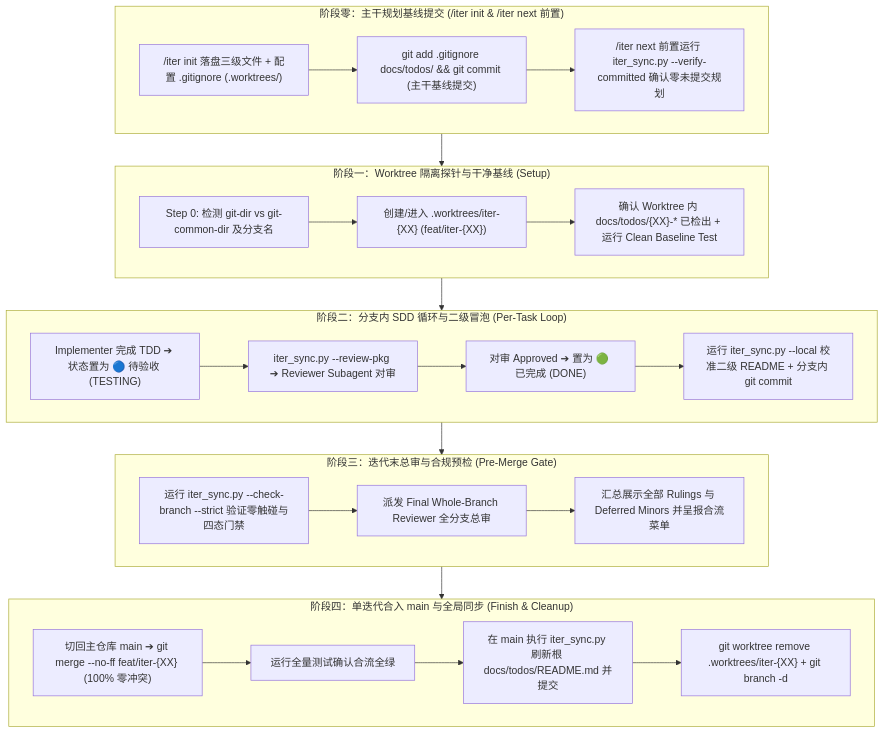
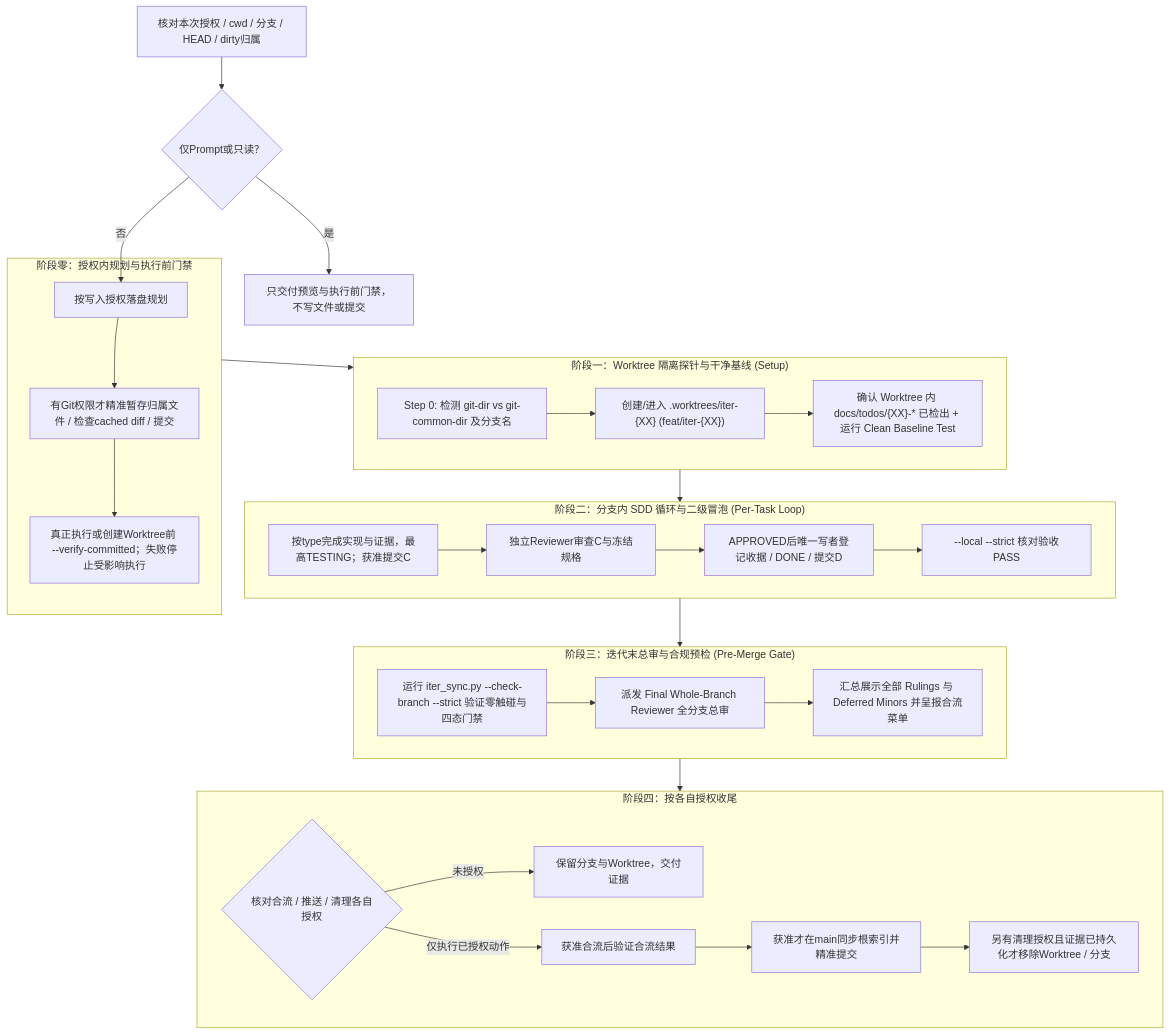
Before and after one commit to uoyeraohw/iteration-manager: the diagram in references/worktree_git_contract.md, drawn with Mermaid. The commit also changed other lines of this file and 26 other files, not shown here.

Commit message:
docs(iter): align worktree authority and checkpoint text regressions

````diff
--- a/references/worktree_git_contract.md
+++ b/references/worktree_git_contract.md
@@ -51,31 +51,35 @@
 ```mermaid
 flowchart TD
-    subgraph Phase0 ["阶段零：主干规划基线提交 (/iter init & /iter next 前置)"]
-        G1["/iter init 落盘三级文件 + 配置 .gitignore (.worktrees/)"] --> G2["git add .gitignore docs/todos/ && git commit (主干基线提交)"]
-        G2 --> G3["/iter next 前置运行 iter_sync.py --verify-committed 确认零未提交规划"]
+    A["核对本次授权 / cwd / 分支 / HEAD / dirty归属"] --> Q{"仅Prompt或只读？"}
+    Q -->|是| Preview["只交付预览与执行前门禁，不写文件或提交"]
+    Q -->|否| G1
+    subgraph Phase0 ["阶段零：授权内规划与执行前门禁"]
+        G1["按写入授权落盘规划"] --> G2["有Git权限才精准暂存归属文件 / 检查cached diff / 提交"]
+        G2 --> G3["真正执行或创建Worktree前 --verify-committed；失败停止受影响执行"]
     end
 
     subgraph Phase1 ["阶段一：Worktree 隔离探针与干净基线 (Setup)"]
         P1["Step 0: 检测 git-dir vs git-common-dir 及分支名"] --> P2["创建/进入 .worktrees/iter-{XX} (feat/iter-{XX})"]
         P2 --> P3["确认 Worktree 内 docs/todos/{XX}-* 已检出 + 运行 Clean Baseline Test"]
     end
 
     subgraph Phase2 ["阶段二：分支内 SDD 循环与二级冒泡 (Per-Task Loop)"]
-        T1["Implementer 完成 TDD ➔ 状态置为 🔵 待验收 (TESTING)"] --> T2["iter_sync.py --review-pkg ➔ Reviewer Subagent 对审"]
-        T2 --> T3["对审 Approved ➔ 置为 🟢 已完成 (DONE)"]
-        T3 --> T4["运行 iter_sync.py --local 校准二级 README + 分支内 git commit"]
+        T1["按type完成实现与证据，最高TESTING；获准提交C"] --> T2["独立Reviewer审查C与冻结规格"]
+        T2 --> T3["APPROVED后唯一写者登记收据 / DONE / 提交D"]
+        T3 --> T4["--local --strict 核对验收PASS"]
     end
 
     subgraph Phase3 ["阶段三：迭代末总审与合规预检 (Pre-Merge Gate)"]
         F1["运行 iter_sync.py --check-branch --strict 验证零触碰与四态门禁"] --> F2["派发 Final Whole-Branch Reviewer 全分支总审"]
         F2 --> F3["汇总展示全部 Rulings 与 Deferred Minors 并呈报合流菜单"]
     end
 
-    subgraph Phase4 ["阶段四：单迭代合入 main 与全局同步 (Finish & Cleanup)"]
-        M1["切回主仓库 main ➔ git merge --no-ff feat/iter-{XX} (100% 零冲突)"] --> M2["运行全量测试确认合流全绿"]
-        M2 --> M3["在 main 执行 iter_sync.py 刷新根 docs/todos/README.md 并提交"]
-        M3 --> M4["git worktree remove .worktrees/iter-{XX} + git branch -d"]
+    subgraph Phase4 ["阶段四：按各自授权收尾"]
+        M0{"核对合流 / 推送 / 清理各自授权"} -->|未授权| Keep["保留分支与Worktree，交付证据"]
+        M0 -->|仅执行已授权动作| M1["获准合流后验证合流结果"]
+        M1 --> M2["获准才在main同步根索引并精准提交"]
+        M2 --> M3["另有清理授权且证据已持久化才移除Worktree / 分支"]
     end
 
     Phase0 --> Phase1 --> Phase2 --> Phase3 --> Phase4
 ```
````
